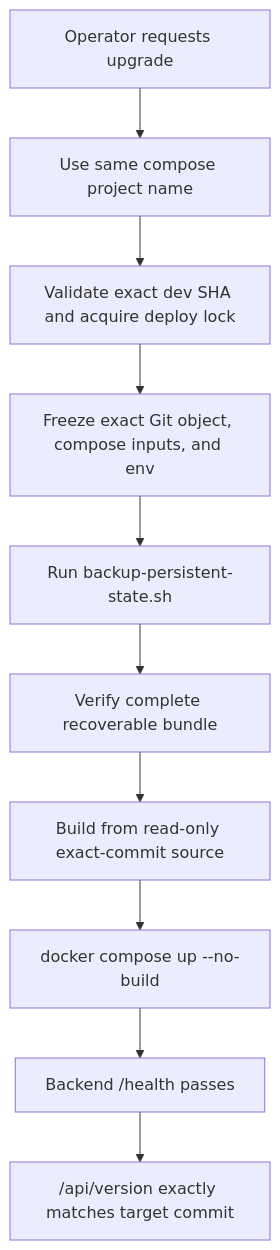
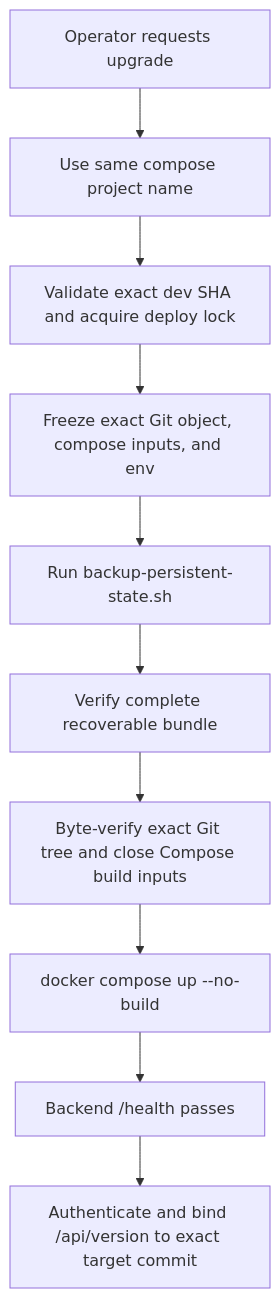
Before and after one commit to flashcrafter-ai-admin/trinity: the diagram in docs/memory/feature-flows/safe-upgrade-persistent-state.md, drawn with Mermaid. The commit also changed other lines of this file and 49 other files, not shown here.

````diff
--- a/docs/memory/feature-flows/safe-upgrade-persistent-state.md
+++ b/docs/memory/feature-flows/safe-upgrade-persistent-state.md
@@ -21,12 +21,12 @@
 ```mermaid
 flowchart TD
   A["Operator requests upgrade"] --> B["Use same compose project name"]
   B --> C["Validate exact dev SHA and acquire deploy lock"]
   C --> D["Freeze exact Git object, compose inputs, and env"]
   D --> E["Run backup-persistent-state.sh"]
   E --> F["Verify complete recoverable bundle"]
-  F --> G["Build from read-only exact-commit source"]
+  F --> G["Byte-verify exact Git tree and close Compose build inputs"]
   G --> H["docker compose up --no-build"]
   H --> I["Backend /health passes"]
-  I --> J["/api/version exactly matches target commit"]
+  I --> J["Authenticate and bind /api/version to exact target commit"]
 ```
````
